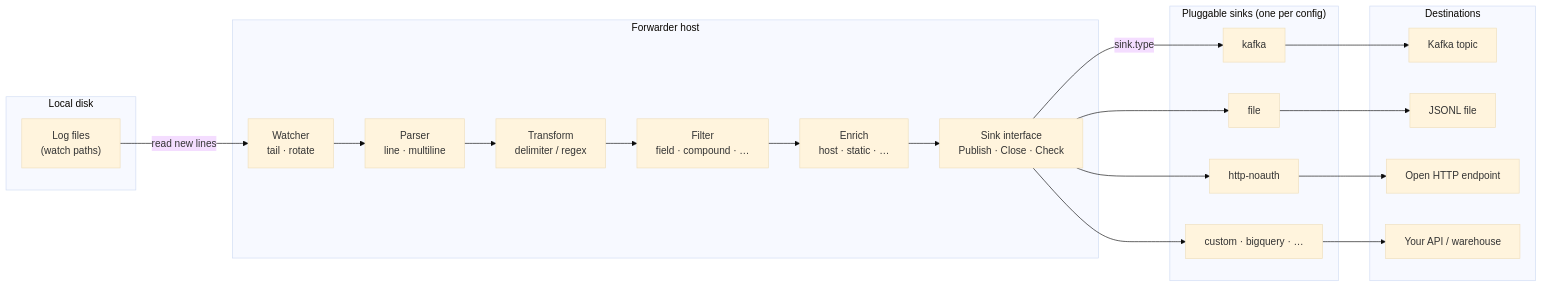
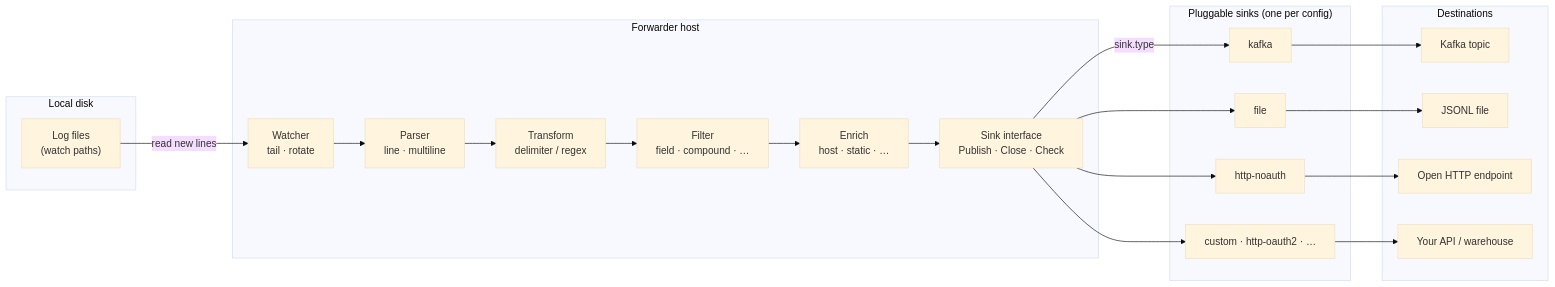
One commit to sanjuthomas/log-forwarder changed the diagram in wiki/Home.md. Above: the diagram before and after it, drawn with Mermaid (base theme). The commit also changed other lines of this file and 22 other files, not shown here.

````diff
--- a/wiki/Home.md
+++ b/wiki/Home.md
@@ -9,40 +9,40 @@
 ```mermaid
 flowchart LR
     subgraph local["Local disk"]
         logs["Log files\n(watch paths)"]
     end
 
     subgraph host["Forwarder host"]
         watcher["Watcher\ntail · rotate"]
         parser["Parser\nline · multiline"]
         transform["Transform\ndelimiter / regex"]
         filter["Filter\nfield · compound · …"]
         enrich["Enrich\nhost · static · …"]
         sinkIf["Sink interface\nPublish · Close · Check"]
         watcher --> parser --> transform --> filter --> enrich --> sinkIf
     end
 
     subgraph sinks["Pluggable sinks (one per config)"]
         kafkaSink["kafka"]
         fileSink["file"]
         httpSink["http-noauth"]
-        customSink["custom · bigquery · …"]
+        customSink["custom · http-oauth2 · …"]
     end
 
     subgraph destinations["Destinations"]
         kafkaDest["Kafka topic"]
         fileDest["JSONL file"]
         httpDest["Open HTTP endpoint"]
         customDest["Your API / warehouse"]
     end
 
     logs -->|"read new lines"| watcher
     sinkIf -->|"sink.type"| kafkaSink
     sinkIf --> fileSink
     sinkIf --> httpSink
     sinkIf --> customSink
     kafkaSink --> kafkaDest
     fileSink --> fileDest
     httpSink --> httpDest
     customSink --> customDest
 ```
````
